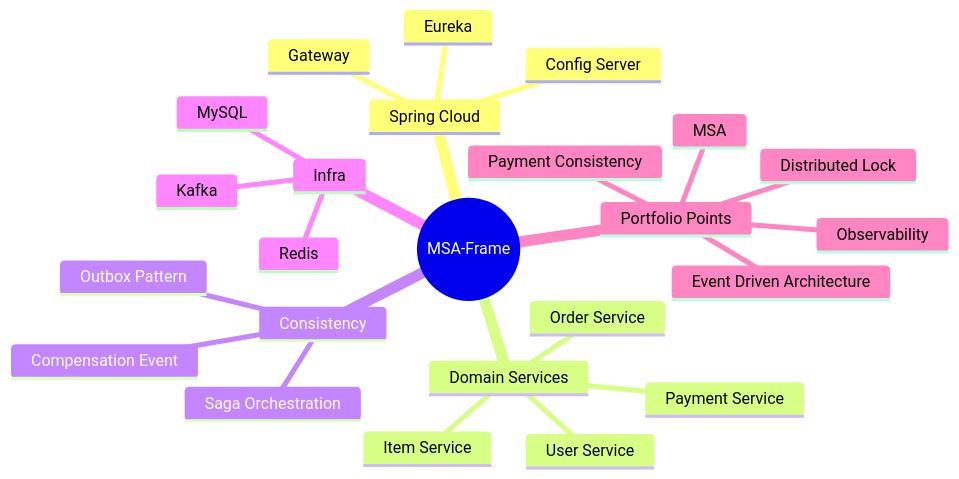
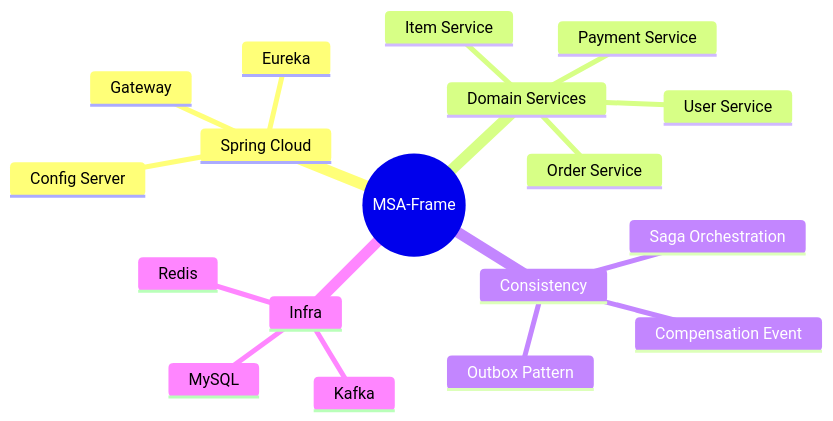
One commit to swjoon/MSA-Frame changed the eighth of 8 diagrams in README.md. Above: the diagram before and after it, drawn with Mermaid.

Commit message:
chore : README.md 수정

````diff
--- a/README.md
+++ b/README.md
@@ -551,27 +551,21 @@
 ```mermaid
 mindmap
   root((MSA-Frame))
     Spring Cloud
       Gateway
       Eureka
       Config Server
     Domain Services
       Order Service
       Item Service
       Payment Service
       User Service
     Consistency
       Saga Orchestration
       Compensation Event
       Outbox Pattern
     Infra
       MySQL
       Redis
       Kafka
-    Portfolio Points
-      MSA
-      Payment Consistency
-      Distributed Lock
-      Event Driven Architecture
-      Observability
 ```
````
